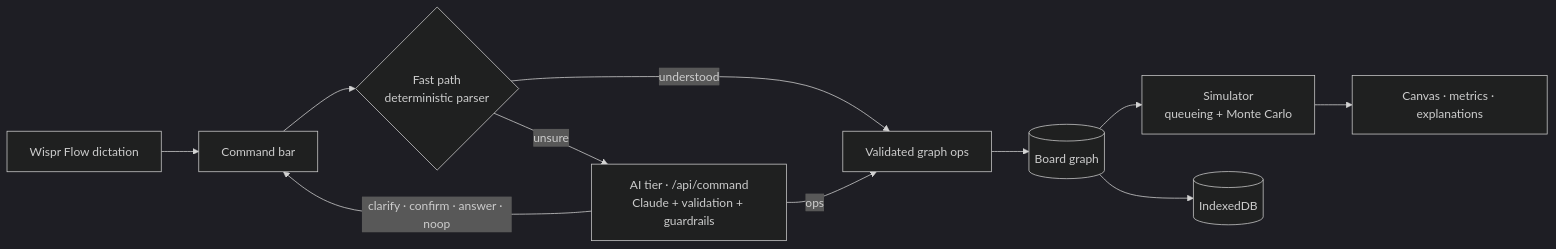
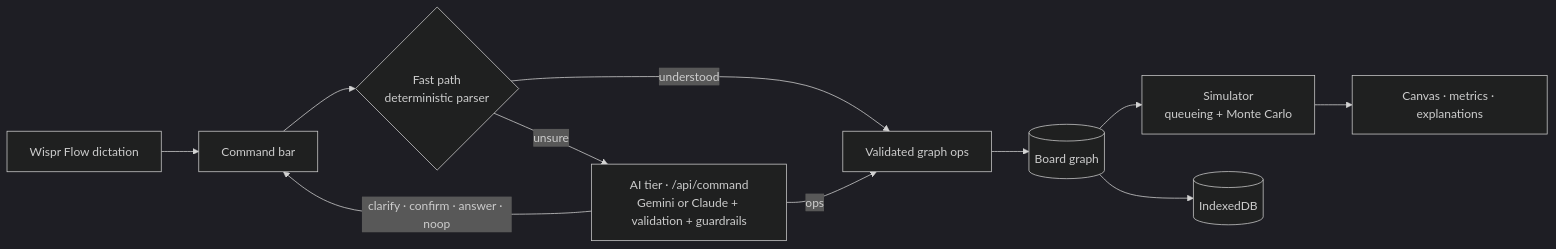
One commit to im-shourya/Archie changed the diagram in README.md. Above: the diagram before and after it, drawn with Mermaid (dark theme). The commit also changed other lines of this file and 5 other files, not shown here.

````diff
--- a/README.md
+++ b/README.md
@@ -58,13 +58,13 @@
 ```mermaid
 flowchart LR
     V[Wispr Flow dictation] --> C[Command bar]
     C --> F{Fast path<br/>deterministic parser}
     F -- understood --> O[Validated graph ops]
-    F -- unsure --> A[AI tier · /api/command<br/>Claude + validation + guardrails]
+    F -- unsure --> A[AI tier · /api/command<br/>Gemini or Claude + validation + guardrails]
     A -- ops --> O
     A -- clarify · confirm · answer · noop --> C
     O --> G[(Board graph)]
     G --> S[Simulator<br/>queueing + Monte Carlo]
     S --> U[Canvas · metrics · explanations]
     G --> D[(IndexedDB)]
 ```
````
